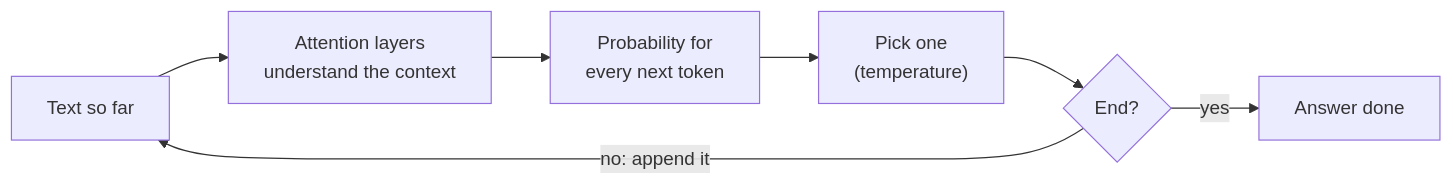
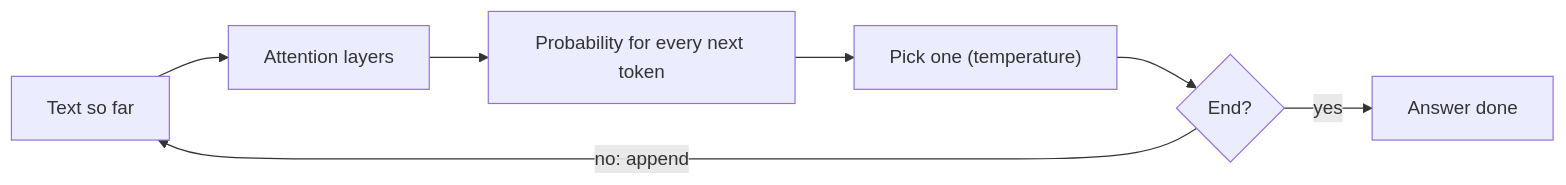
One commit to sathsure/Tech-Mastery-Hub changed the second of 3 diagrams in interview/under-the-hood/14-How-AI-Chatbots-Work.md. Above: the diagram before and after it, drawn with Mermaid. The commit also changed other lines of this file and 69 other files, not shown here.

````diff
--- a/interview/under-the-hood/14-How-AI-Chatbots-Work.md
+++ b/interview/under-the-hood/14-How-AI-Chatbots-Work.md
@@ -73,9 +112,9 @@
 ```mermaid
 flowchart LR
-  A["Text so far"] --> B["Attention layers<br/>understand the context"]
-  B --> C["Probability for<br/>every next token"]
-  C --> D["Pick one<br/>(temperature)"]
+  A["Text so far"] --> B["Attention layers"]
+  B --> C["Probability for every next token"]
+  C --> D["Pick one (temperature)"]
   D --> E{"End?"}
-  E -->|"no: append it"| A
+  E -->|"no: append"| A
   E -->|"yes"| F["Answer done"]
 ```
````
